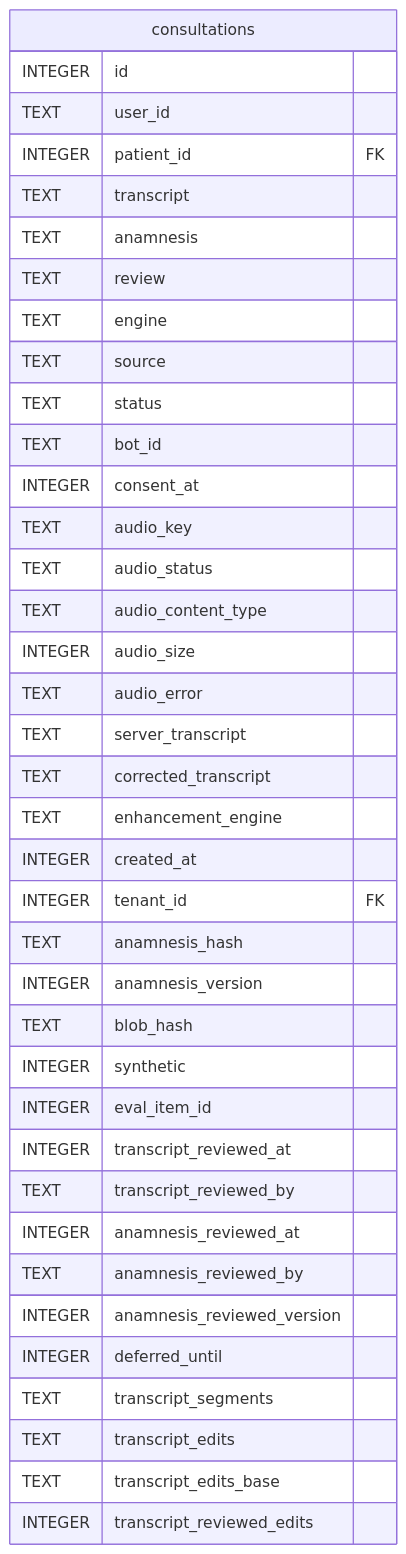
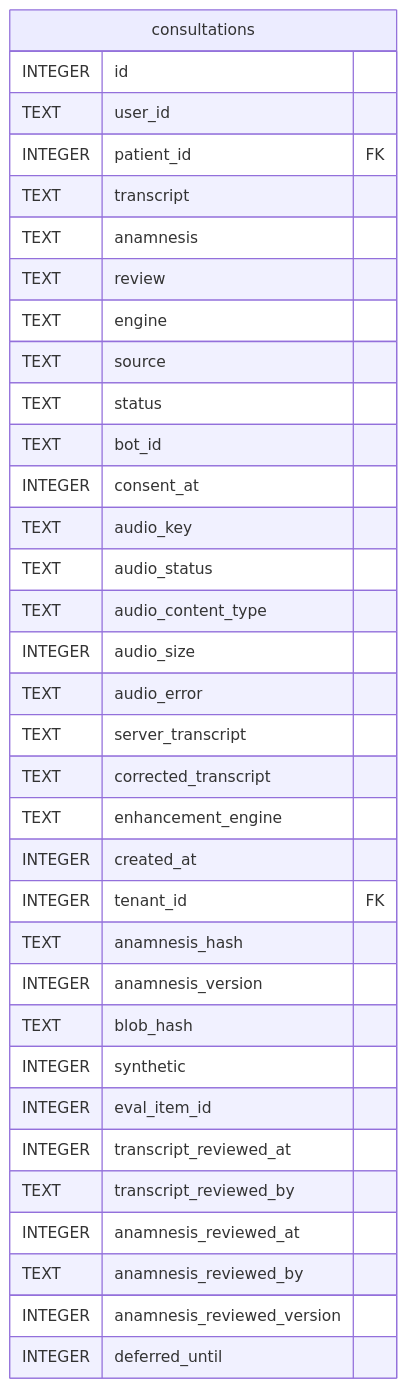
The diagram in content/docs/en/developers/plugins/consultations/reference/schema.mmd (ktbhealth/docs), drawn with Mermaid before and after one commit. The commit also changed 29 other files, not shown here.

Commit message:
docs(db): regenerate ERD for feat/consultation-review

```diff
--- a/content/docs/en/developers/plugins/consultations/reference/schema.mmd
+++ b/content/docs/en/developers/plugins/consultations/reference/schema.mmd
@@ -1,41 +1,37 @@
 erDiagram
 
 
 "consultations" {
   INTEGER id
   TEXT user_id
   INTEGER patient_id FK
   TEXT transcript
   TEXT anamnesis
   TEXT review
   TEXT engine
   TEXT source
   TEXT status
   TEXT bot_id
   INTEGER consent_at
   TEXT audio_key
   TEXT audio_status
   TEXT audio_content_type
   INTEGER audio_size
   TEXT audio_error
   TEXT server_transcript
   TEXT corrected_transcript
   TEXT enhancement_engine
   INTEGER created_at
   INTEGER tenant_id FK
   TEXT anamnesis_hash
   INTEGER anamnesis_version
   TEXT blob_hash
   INTEGER synthetic
   INTEGER eval_item_id
   INTEGER transcript_reviewed_at
   TEXT transcript_reviewed_by
   INTEGER anamnesis_reviewed_at
   TEXT anamnesis_reviewed_by
   INTEGER anamnesis_reviewed_version
   INTEGER deferred_until
-  TEXT transcript_segments
-  TEXT transcript_edits
-  TEXT transcript_edits_base
-  INTEGER transcript_reviewed_edits
 }
```
